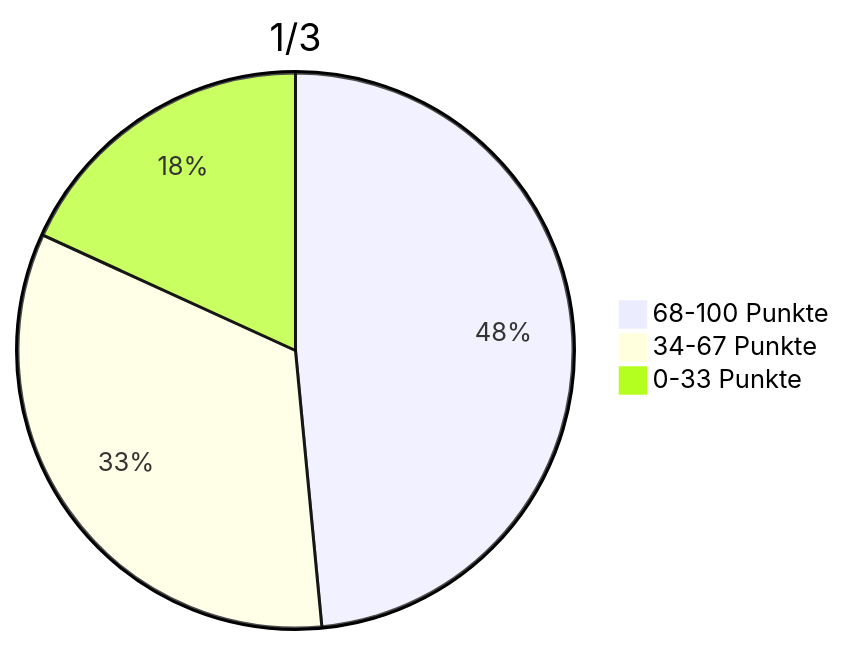
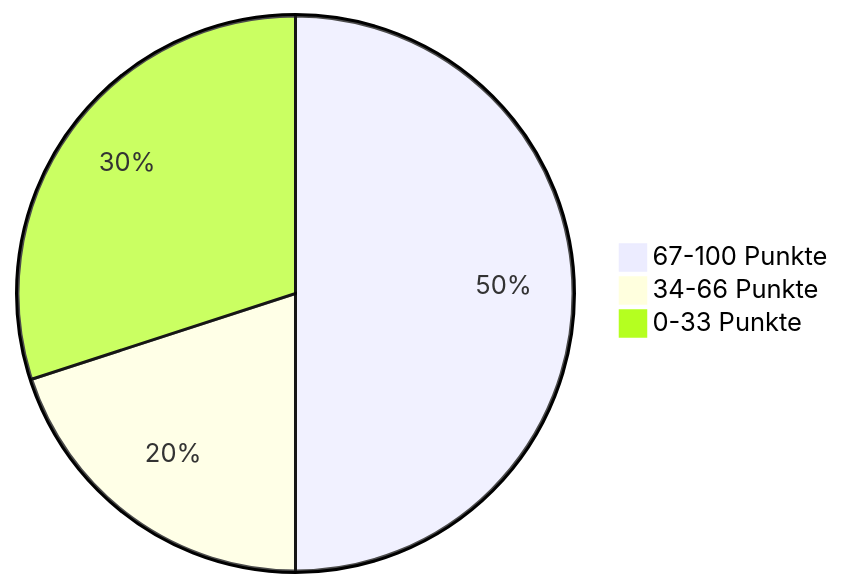
Before and after one commit to jappuccini/java-docs: the second of 16 diagrams in docs/additional-material/daniel-java1/exam-results.md, drawn with Mermaid. The commit also changed other lines of this file and 76 other files, not shown here.

Commit message:
uml fixes (colons, properties), headline fixes (italic) and exam result updates

````diff
--- a/docs/additional-material/daniel-java1/exam-results.md
+++ b/docs/additional-material/daniel-java1/exam-results.md
@@ -25,6 +31,6 @@
 ```mermaid
-pie title 1/3
-    "68-100 Punkte" : 16
-    "34-67 Punkte" : 11
-    "0-33 Punkte" : 6
+pie
+    "67-100 Punkte" : 5
+    "34-66 Punkte" : 2
+    "0-33 Punkte" : 3
 ```
````
